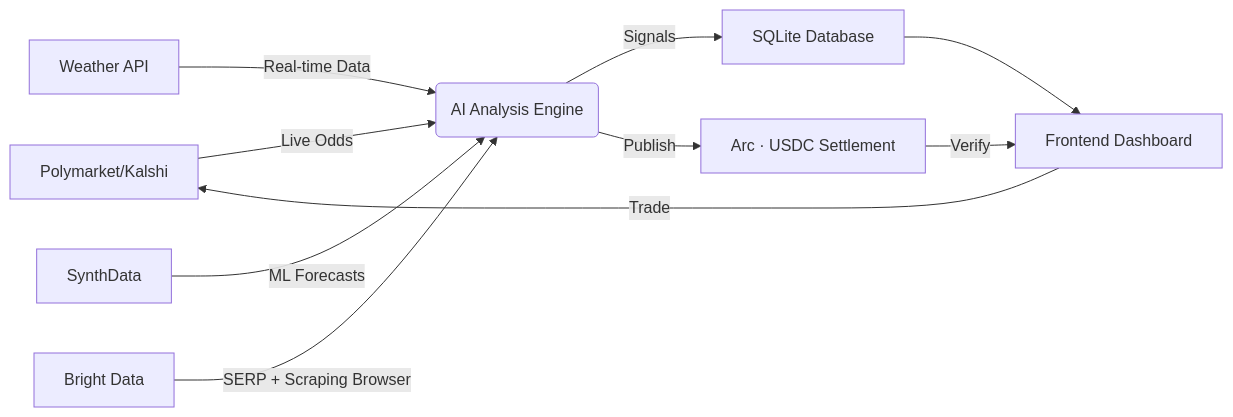
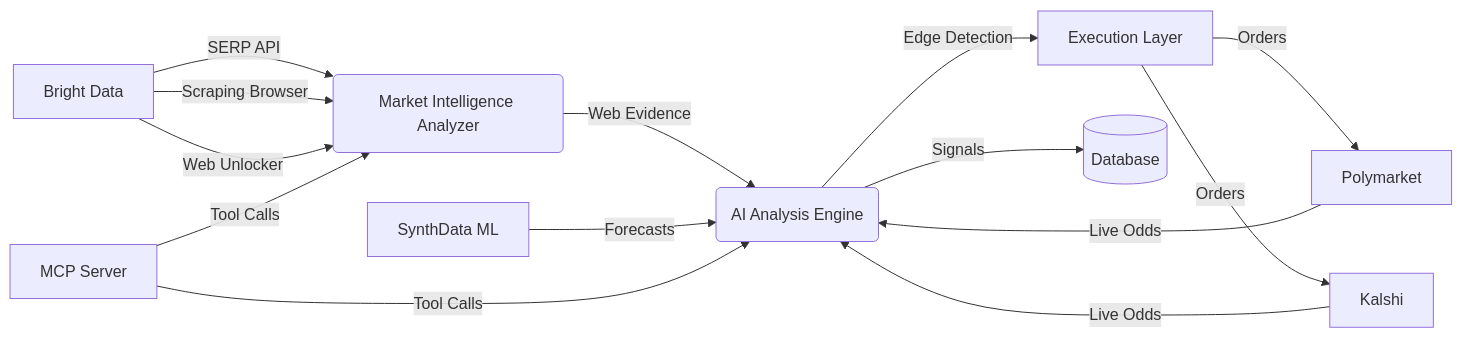
Before and after one commit to thisyearnofear/fourcast: the diagram in README.md, drawn with Mermaid. The commit also changed other lines of this file and 7 other files, not shown here.

First line of the commit message:
feat: reframe for Bright Data hackathon, add MCP Server, update demo

````diff
--- a/README.md
+++ b/README.md
@@ -46,12 +173,16 @@
 ```mermaid
 graph LR
-    A[Polymarket/Kalshi] -->|Live Odds| B(AI Analysis Engine)
-    C[Weather API] -->|Real-time Data| B
-    D[SynthData] -->|ML Forecasts| B
-    E[Bright Data] -->|SERP + Scraping Browser| B
-    B -->|Signals| F[SQLite Database]
-    B -->|Publish| G[Arc · USDC Settlement]
-    F --> H[Frontend Dashboard]
-    G -->|Verify| H
-    H -->|Trade| A
+    BD[Bright Data] -->|SERP API| MIA(Market Intelligence Analyzer)
+    BD -->|Scraping Browser| MIA
+    BD -->|Web Unlocker| MIA
+    PM[Polymarket] -->|Live Odds| AI(AI Analysis Engine)
+    KA[Kalshi] -->|Live Odds| AI
+    MIA -->|Web Evidence| AI
+    SD[SynthData ML] -->|Forecasts| AI
+    AI -->|Edge Detection| EX[Execution Layer]
+    AI -->|Signals| DB[(Database)]
+    EX -->|Orders| PM
+    EX -->|Orders| KA
+    MCP[MCP Server] -->|Tool Calls| MIA
+    MCP -->|Tool Calls| AI
 ```
````
